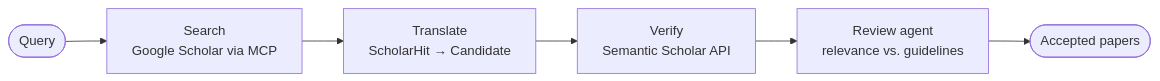
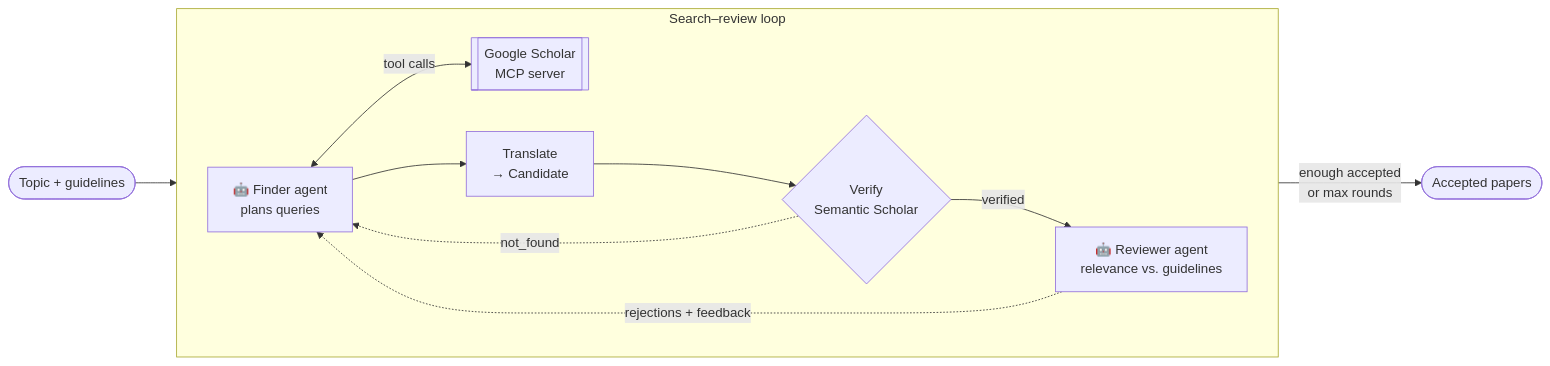
The diagram in README.md (GrayMan124/paper-agent), drawn with Mermaid before and after one commit. The commit also changed other lines of this file and 1 other file, not shown here.

````diff
--- a/README.md
+++ b/README.md
@@ -15,8 +15,16 @@
 ```mermaid
 flowchart LR
-    Q([Query]) --> S[Search<br/>Google Scholar via MCP]
-    S --> T[Translate<br/>ScholarHit → Candidate]
-    T --> V[Verify<br/>Semantic Scholar API]
-    V --> R[Review agent<br/>relevance vs. guidelines]
-    R --> O([Accepted papers])
+    U([Topic + guidelines]) --> F
+
+    subgraph cycle [Search–review loop]
+        direction LR
+        F["🤖 Finder agent<br/>plans queries"] <-->|tool calls| MCP[["Google Scholar<br/>MCP server"]]
+        F --> T[Translate<br/>→ Candidate]
+        T --> V{"Verify<br/>Semantic Scholar"}
+        V -->|verified| R["🤖 Reviewer agent<br/>relevance vs. guidelines"]
+        V -.->|not_found| F
+        R -.->|"rejections + feedback"| F
+    end
+
+    R -->|"enough accepted<br/>or max rounds"| O([Accepted papers])
 ```
````
